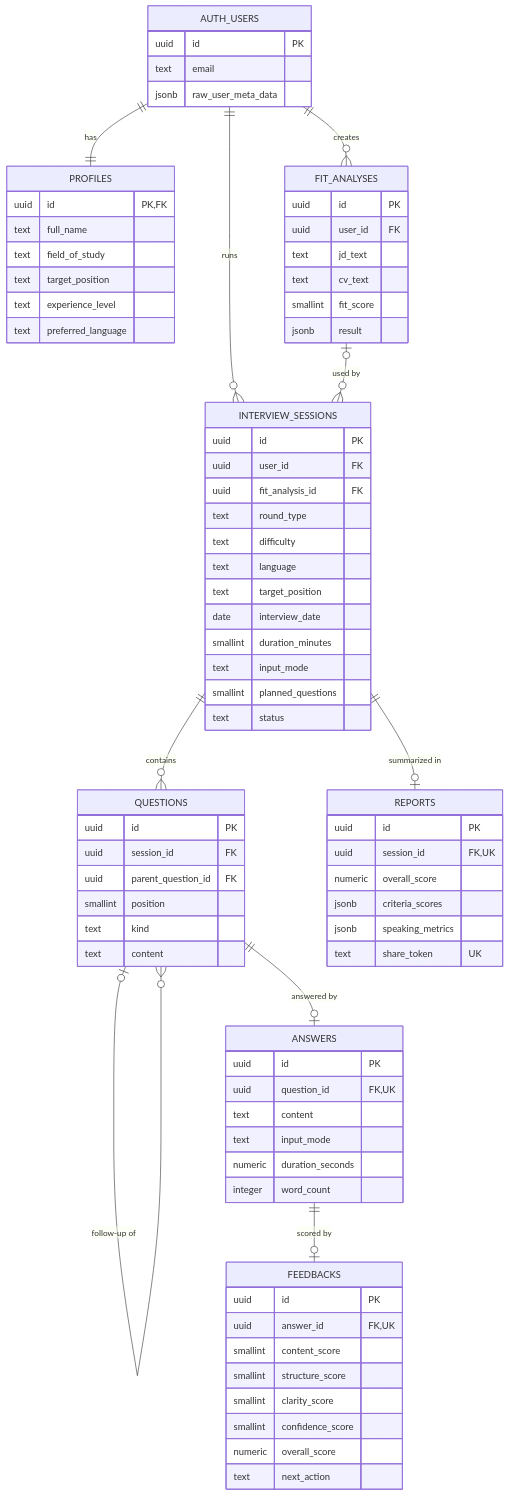
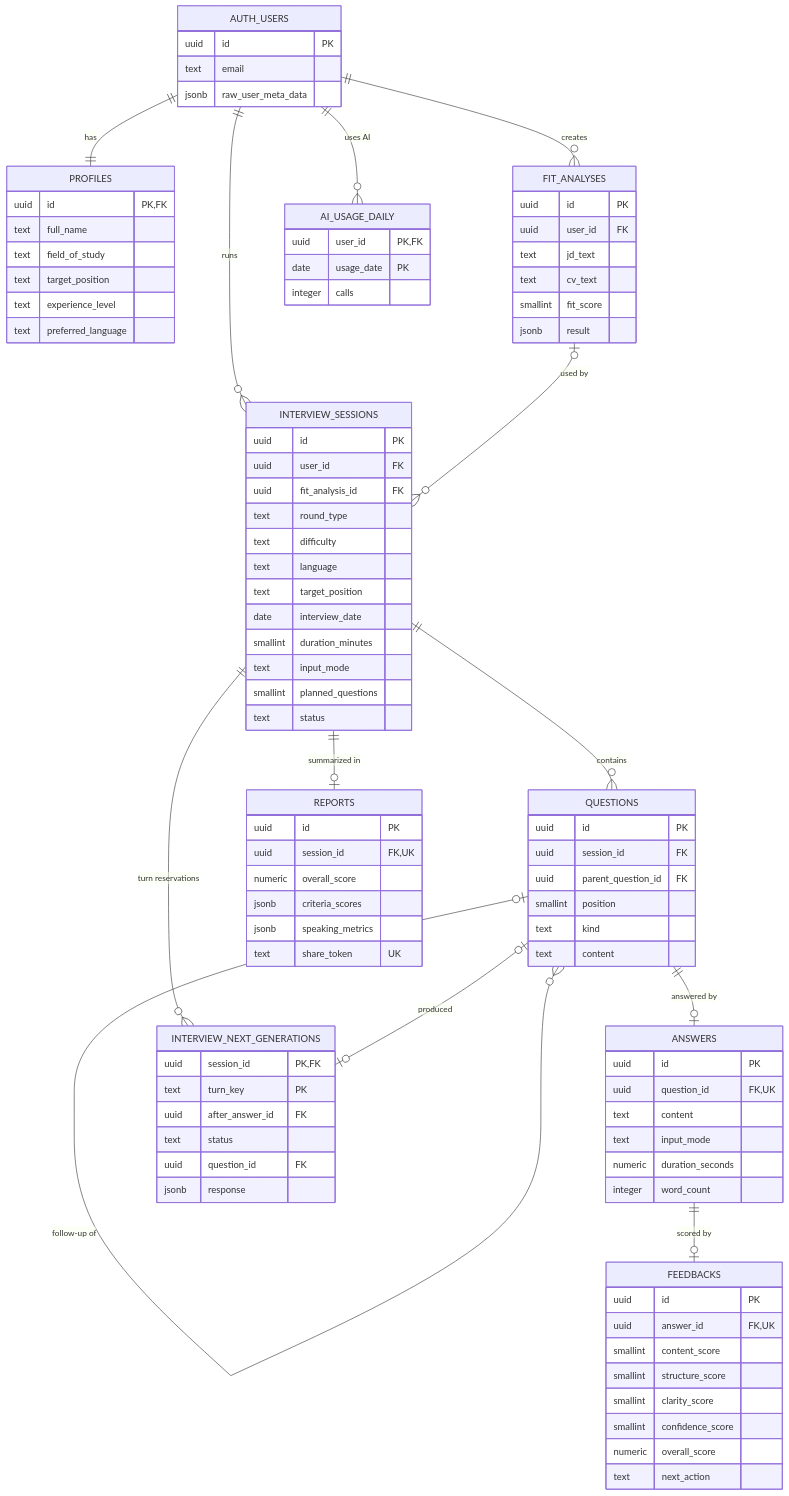
Before and after one commit to TrungNhan8386/InterviewBuddy: the diagram in docs/analysis and design/database-design.md, drawn with Mermaid. The commit also changed other lines of this file and 4 other files, not shown here.

````diff
--- a/docs/analysis and design/database-design.md
+++ b/docs/analysis and design/database-design.md
@@ -22,6 +24,9 @@
   QUESTIONS ||--o| ANSWERS : "answered by"
   ANSWERS ||--o| FEEDBACKS : "scored by"
   INTERVIEW_SESSIONS ||--o| REPORTS : "summarized in"
+  INTERVIEW_SESSIONS ||--o{ INTERVIEW_NEXT_GENERATIONS : "turn reservations"
+  QUESTIONS |o--o| INTERVIEW_NEXT_GENERATIONS : "produced"
+  AUTH_USERS ||--o{ AI_USAGE_DAILY : "uses AI"
 
   AUTH_USERS {
     uuid id PK
@@ -92,4 +97,17 @@
     jsonb speaking_metrics
     text share_token UK
   }
+  INTERVIEW_NEXT_GENERATIONS {
+    uuid session_id PK,FK
+    text turn_key PK
+    uuid after_answer_id FK
+    text status
+    uuid question_id FK
+    jsonb response
+  }
+  AI_USAGE_DAILY {
+    uuid user_id PK,FK
+    date usage_date PK
+    integer calls
+  }
 ```
````
